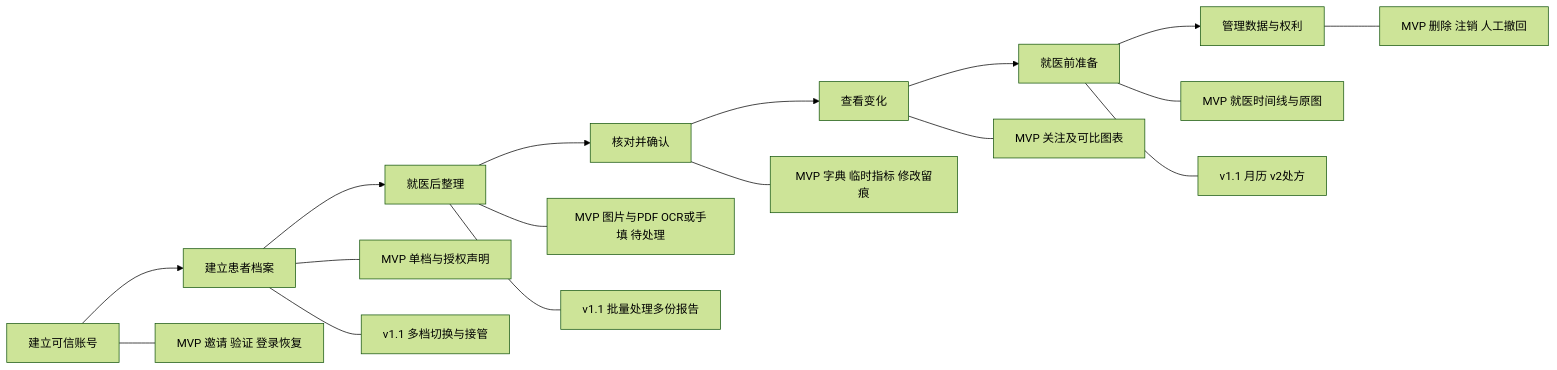
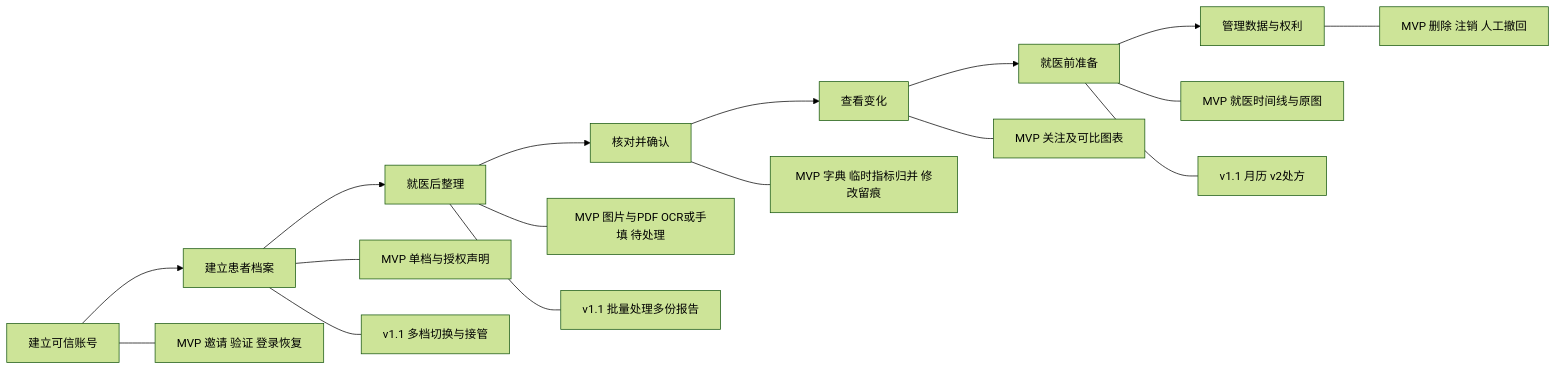
The diagram in docs/03-用户故事地图与清单.md (AstridIsRightHere/healthtrace), drawn with Mermaid (forest theme) before and after one commit. The commit also changed other lines of this file and 16 other files, not shown here.

````diff
--- a/docs/03-用户故事地图与清单.md
+++ b/docs/03-用户故事地图与清单.md
@@ -11,19 +11,19 @@
 ```mermaid
 flowchart LR
     A[建立可信账号] --> B[建立患者档案]
     B --> C[就医后整理]
     C --> D[核对并确认]
     D --> E[查看变化]
     E --> F[就医前准备]
     F --> G[管理数据与权利]
     A --- A1[MVP 邀请 验证 登录恢复]
     B --- B1[MVP 单档与授权声明]
     C --- C1[MVP 图片与PDF OCR或手填 待处理]
-    D --- D1[MVP 字典 临时指标 修改留痕]
+    D --- D1[MVP 字典 临时指标归并 修改留痕]
     E --- E1[MVP 关注及可比图表]
     F --- F1[MVP 就医时间线与原图]
     G --- G1[MVP 删除 注销 人工撤回]
     B --- B2[v1.1 多档切换与接管]
     C --- C2[v1.1 批量处理多份报告]
     F --- F2[v1.1 月历 v2处方]
 ```
````
